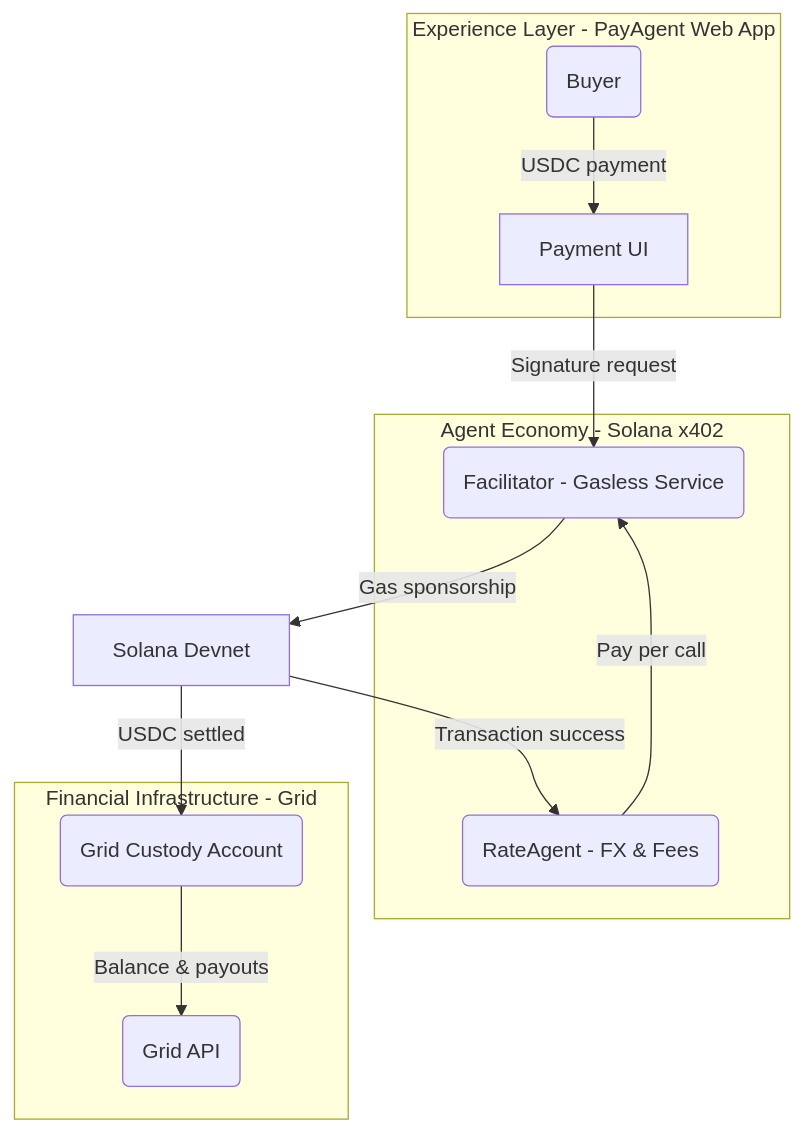
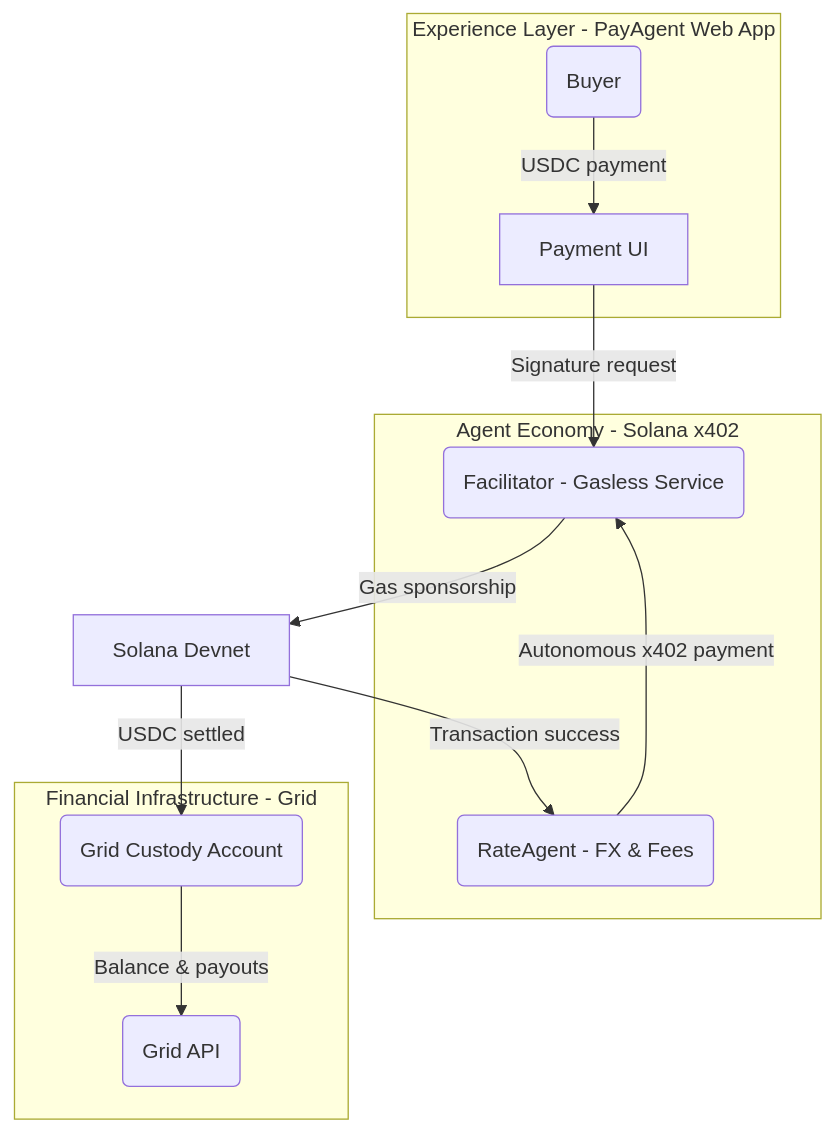
The diagram in README.md (Kris77z/onepayment-x402), drawn with Mermaid before and after one commit. The commit also changed other lines of this file and 27 other files, not shown here.

````diff
--- a/README.md
+++ b/README.md
@@ -32,23 +88,23 @@
 ```mermaid
 graph TD
     subgraph Web[Experience Layer - PayAgent Web App]
         Buyer(Buyer) -->|USDC payment| UI[Payment UI]
     end
 
     subgraph Agents[Agent Economy - Solana x402]
         Fac(Facilitator - Gasless Service)
         Rate(RateAgent - FX & Fees)
     end
 
     subgraph Grid[Financial Infrastructure - Grid]
         GAcc(Grid Custody Account)
         GAPI(Grid API)
     end
 
     UI -->|Signature request| Fac
     Fac -->|Gas sponsorship| Solana[Solana Devnet]
     Solana -->|Transaction success| Rate
-    Rate -->|Pay per call| Fac
+    Rate -->|Autonomous x402 payment| Fac
     Solana -->|USDC settled| GAcc
     GAcc -->|Balance & payouts| GAPI
 ```
````
